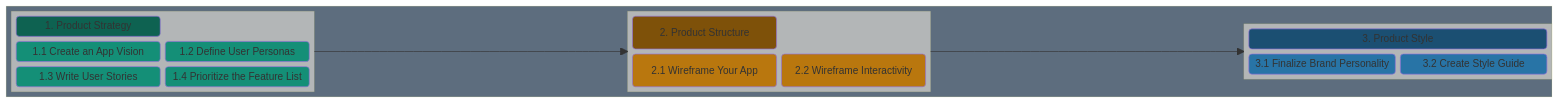
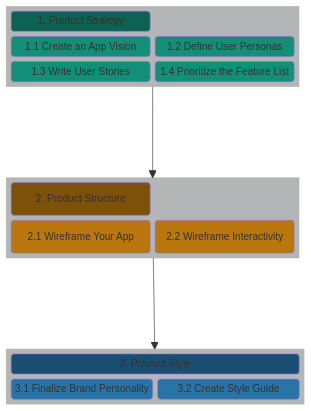
The first of 3 diagrams in docs/resources/techresources/uiux.md (chingu-voyages/Handbook), drawn with Mermaid before and after one commit.

Commit message:
Feature: Add dark background to UI/UX diagram

````diff
--- a/docs/resources/techresources/uiux.md
+++ b/docs/resources/techresources/uiux.md
@@ -15,50 +15,45 @@
 ```mermaid
 block-beta
-  columns 1
-  block:CONTAINER
-      block:STRATEGY
-        columns 2
-        A("1. Product Strategy"):2
-        B("1.1 Create an App Vision")
-        C("1.2 Define User Personas")
-        D("1.3 Write User Stories")
-        E("1.4 Prioritize the Feature List")
-      end
-      space
-      block:STRUCTURE
-        columns 2
-        G("2. Product Structure"):2
-        J("2.1 Wireframe Your App")
-        L("2.2 Wireframe Interactivity")
-      end
-      space
-      STRATEGY --> STRUCTURE
-      block:STYLE
-        columns 2
-        M("3. Product Style"):2
-        N("3.1 Finalize Brand Personality")
-        O("3.2 Create Style Guide")
-      end
-    end
-
+columns 1
+  block:STRATEGY
+    columns 2
+    A("1. Product Strategy"):2
+    B("1.1 Create an App Vision")
+    C("1.2 Define User Personas")
+    D("1.3 Write User Stories")
+    E("1.4 Prioritize the Feature List")
+  end
+  space
+  block:STRUCTURE
+    columns 2
+    G("2. Product Structure"):2
+    J("2.1 Wireframe Your App")
+    L("2.2 Wireframe Interactivity")
+  end
+  space
+  STRATEGY --> STRUCTURE
+  block:STYLE
+    columns 2
+    M("3. Product Style"):2
+    N("3.1 Finalize Brand Personality")
+    O("3.2 Create Style Guide")
+  end
   STRUCTURE --> STYLE
-
-  style CONTAINER fill:#5d6d7e
   style A fill:#0e6251
   style B fill:#148f77
   style C fill:#148f77
   style D fill:#148f77
   style E fill:#148f77
 
   style G fill:#7e5109
   style J fill:#b9770e
   style L fill:#b9770e
 
   style M fill:#1b4f72
   style N fill:#2874a6
   style O fill:#2874a6
 
   style STRATEGY fill:#b3b6b7
   style STRUCTURE fill:#b3b6b7
   style STYLE fill:#b3b6b7
 ```
````
